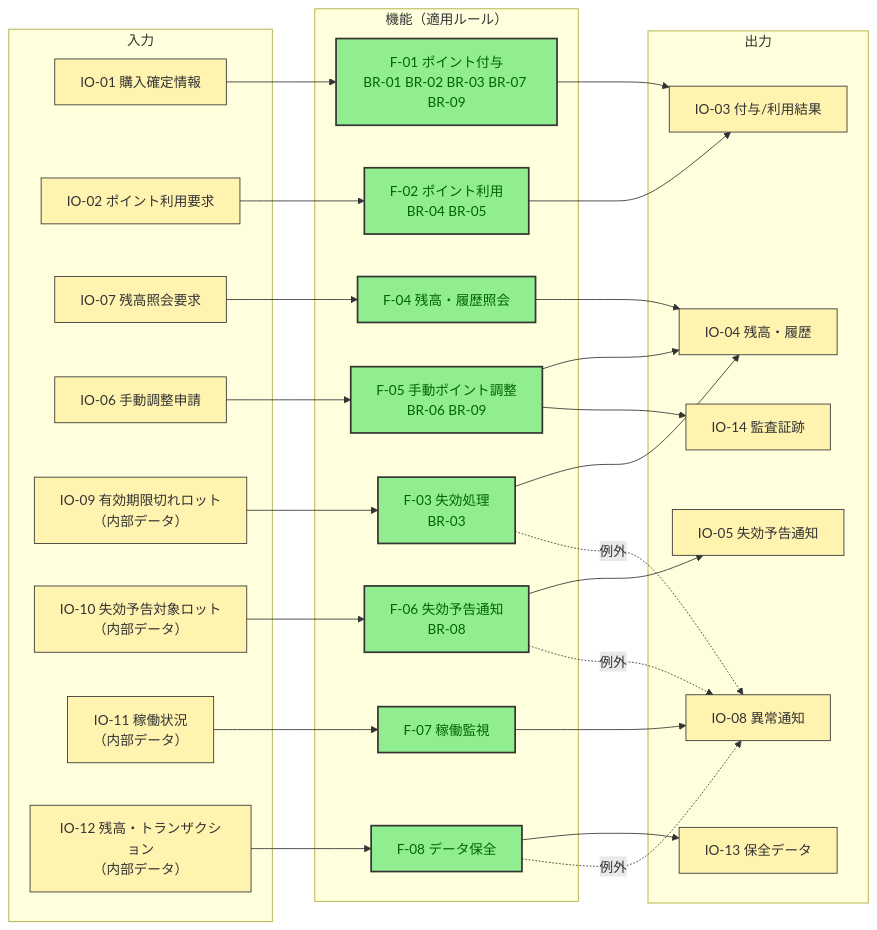
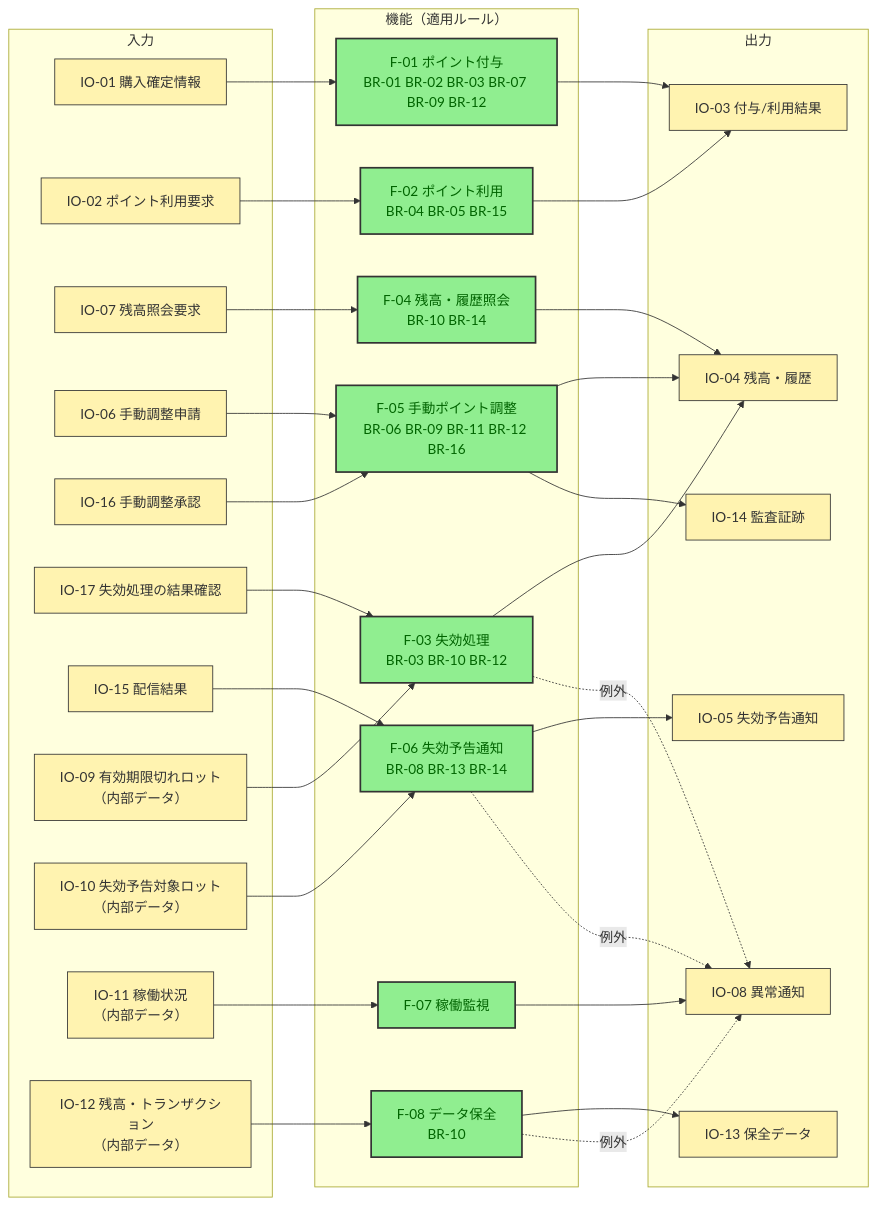
Before and after one commit to kasiopeiya/claude-dev-template: the fourth of 9 diagrams in samples/docs/requirements.md, drawn with Mermaid. The commit also changed other lines of this file and 1 other file, not shown here.

````diff
--- a/samples/docs/requirements.md
+++ b/samples/docs/requirements.md
@@ -705,52 +837,58 @@
 ```mermaid
 flowchart LR
     subgraph IN["入力"]
         io1["IO-01 購入確定情報"]
         io2["IO-02 ポイント利用要求"]
         io7["IO-07 残高照会要求"]
         io6["IO-06 手動調整申請"]
+        io16["IO-16 手動調整承認"]
+        io17["IO-17 失効処理の結果確認"]
+        io15["IO-15 配信結果"]
         d1["IO-09 有効期限切れロット<br/>（内部データ）"]
         d2["IO-10 失効予告対象ロット<br/>（内部データ）"]
         d3["IO-11 稼働状況<br/>（内部データ）"]
         d4["IO-12 残高・トランザクション<br/>（内部データ）"]
     end
 
     subgraph FUNC["機能（適用ルール）"]
-        f1["F-01 ポイント付与<br/>BR-01 BR-02 BR-03 BR-07 BR-09"]
-        f2["F-02 ポイント利用<br/>BR-04 BR-05"]
-        f4["F-04 残高・履歴照会"]
-        f5["F-05 手動ポイント調整<br/>BR-06 BR-09"]
-        f3["F-03 失効処理<br/>BR-03"]
-        f6["F-06 失効予告通知<br/>BR-08"]
+        f1["F-01 ポイント付与<br/>BR-01 BR-02 BR-03 BR-07 BR-09 BR-12"]
+        f2["F-02 ポイント利用<br/>BR-04 BR-05 BR-15"]
+        f4["F-04 残高・履歴照会<br/>BR-10 BR-14"]
+        f5["F-05 手動ポイント調整<br/>BR-06 BR-09 BR-11 BR-12 BR-16"]
+        f3["F-03 失効処理<br/>BR-03 BR-10 BR-12"]
+        f6["F-06 失効予告通知<br/>BR-08 BR-13 BR-14"]
         f7["F-07 稼働監視"]
-        f8["F-08 データ保全"]
+        f8["F-08 データ保全<br/>BR-10"]
     end
 
     subgraph OUT["出力"]
         io3["IO-03 付与/利用結果"]
         io4["IO-04 残高・履歴"]
         io5["IO-05 失効予告通知"]
         io8["IO-08 異常通知"]
         io13["IO-13 保全データ"]
         io14["IO-14 監査証跡"]
     end
 
     io1 --> f1 --> io3
     io2 --> f2 --> io3
     io7 --> f4 --> io4
     io6 --> f5 --> io4
+    io16 --> f5
+    io17 --> f3
     f5 --> io14
     d1 --> f3 --> io4
     d2 --> f6 --> io5
+    io15 --> f6
     d3 --> f7 --> io8
     d4 --> f8 --> io13
 
     f3 -.->|例外| io8
     f6 -.->|例外| io8
     f8 -.->|例外| io8
 
     classDef io fill:#FFF3B0,stroke:#333,stroke-width:1px,color:#333
     classDef func fill:#90EE90,stroke:#333,stroke-width:2px,color:darkgreen
-    class io1,io2,io6,io7,d1,d2,d3,d4,io3,io4,io5,io8,io13,io14 io
+    class io1,io2,io6,io7,io15,io16,io17,d1,d2,d3,d4,io3,io4,io5,io8,io13,io14 io
     class f1,f2,f3,f4,f5,f6,f7,f8 func
 ```
````
